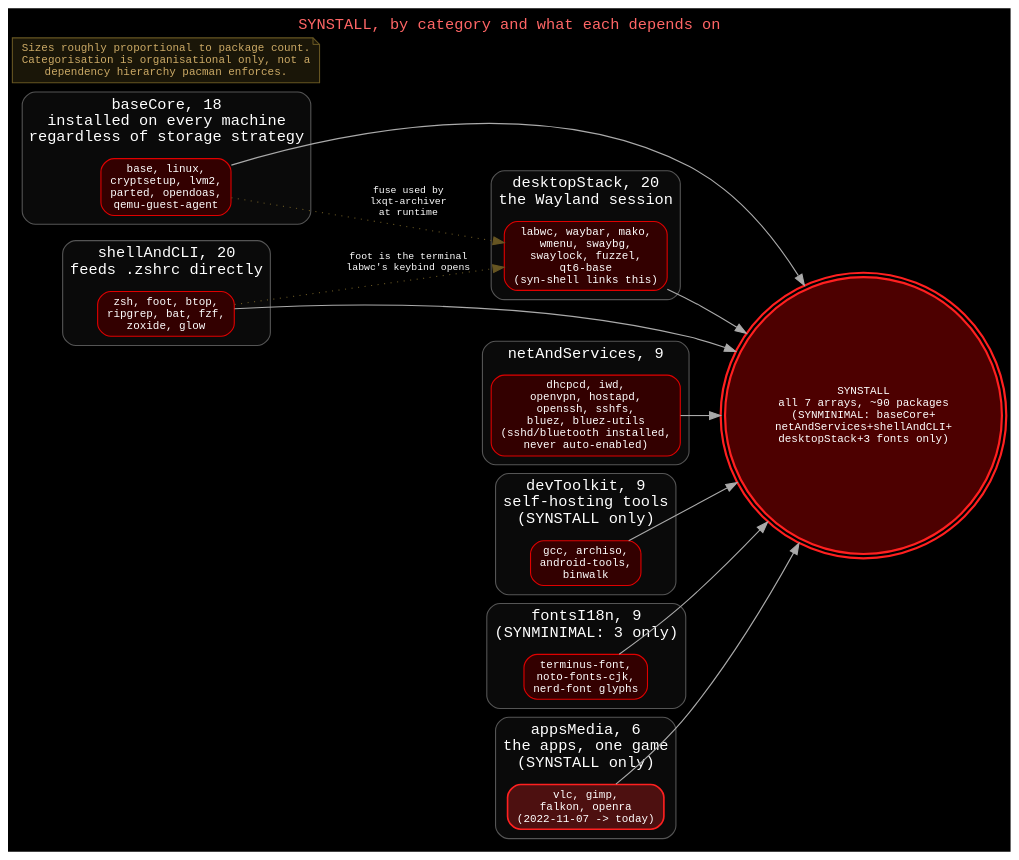
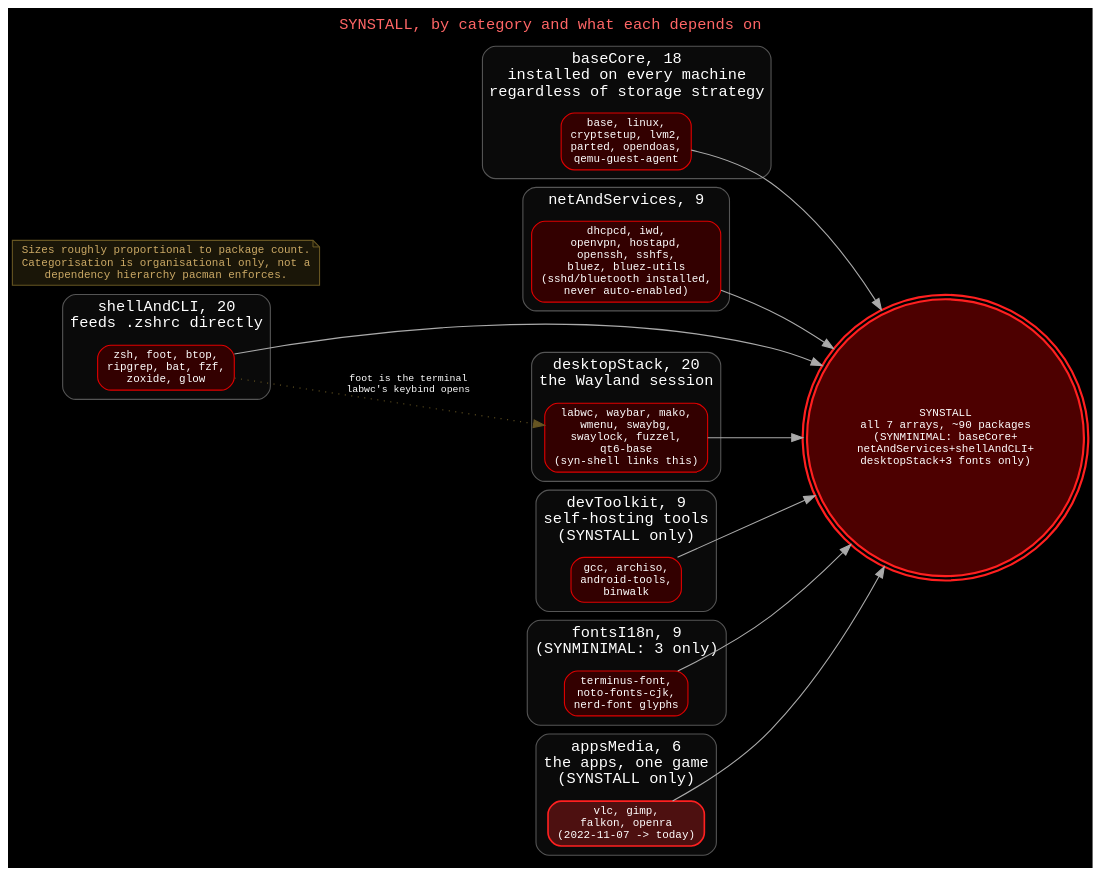
One commit to syn990/SYN-OS changed the diagram in SYN-ISO-PROFILE/airootfs/usr/share/syn-os/docs/diagrams/src/packages-map.dot. Above: the diagram before and after it, drawn with Graphviz. The commit also changed 14 other files, not shown here.

```diff
--- a/SYN-ISO-PROFILE/airootfs/usr/share/syn-os/docs/diagrams/src/packages-map.dot
+++ b/SYN-ISO-PROFILE/airootfs/usr/share/syn-os/docs/diagrams/src/packages-map.dot
@@ -1,61 +1,60 @@
 digraph package_map {
   rankdir=LR;
   bgcolor="#000000";
   fontname="monospace";
   node [shape=box, style="rounded,filled", fillcolor="#4d0000", color="#e00000", fontcolor="white", fontname="monospace", fontsize=10];
   edge [color="#AAAAAA", fontcolor="white", fontname="monospace", fontsize=9];
 
   label="SYNSTALL, by category and what each depends on";
   labelloc="t"; fontsize=14; fontcolor="#ff6666";
 
   synstall [label="SYNSTALL\nall 7 arrays, ~90 packages\n(SYNMINIMAL: baseCore+\nnetAndServices+shellAndCLI+\ndesktopStack+3 fonts only)", shape=doublecircle, fillcolor="#4d0000", penwidth=2, color="#ff2020"];
 
   subgraph cluster_base {
     label="baseCore, 18\ninstalled on every machine\nregardless of storage strategy"; style="rounded"; color="#555555"; fontcolor="white"; bgcolor="#0a0a0a";
     base_ex [label="base, linux,\ncryptsetup, lvm2,\nparted, opendoas,\nqemu-guest-agent", fillcolor="#330000"];
   }
 
   subgraph cluster_net {
     label="netAndServices, 9"; style="rounded"; color="#555555"; fontcolor="white"; bgcolor="#0a0a0a";
     net_ex [label="dhcpcd, iwd,\nopenvpn, hostapd,\nopenssh, sshfs,\nbluez, bluez-utils\n(sshd/bluetooth installed,\nnever auto-enabled)", fillcolor="#330000"];
   }
 
   subgraph cluster_shell {
     label="shellAndCLI, 20\nfeeds .zshrc directly"; style="rounded"; color="#555555"; fontcolor="white"; bgcolor="#0a0a0a";
     shell_ex [label="zsh, foot, btop,\nripgrep, bat, fzf,\nzoxide, glow", fillcolor="#330000"];
   }
 
   subgraph cluster_desktop {
     label="desktopStack, 20\nthe Wayland session"; style="rounded"; color="#555555"; fontcolor="white"; bgcolor="#0a0a0a";
     desktop_ex [label="labwc, waybar, mako,\nwmenu, swaybg,\nswaylock, fuzzel,\nqt6-base\n(syn-shell links this)", fillcolor="#330000"];
   }
 
   subgraph cluster_dev {
     label="devToolkit, 9\nself-hosting tools\n(SYNSTALL only)"; style="rounded"; color="#555555"; fontcolor="white"; bgcolor="#0a0a0a";
     dev_ex [label="gcc, archiso,\nandroid-tools,\nbinwalk", fillcolor="#330000"];
   }
 
   subgraph cluster_fonts {
     label="fontsI18n, 9\n(SYNMINIMAL: 3 only)"; style="rounded"; color="#555555"; fontcolor="white"; bgcolor="#0a0a0a";
     fonts_ex [label="terminus-font,\nnoto-fonts-cjk,\nnerd-font glyphs", fillcolor="#330000"];
   }
 
   subgraph cluster_apps {
     label="appsMedia, 6\nthe apps, one game\n(SYNSTALL only)"; style="rounded"; color="#555555"; fontcolor="white"; bgcolor="#0a0a0a";
     apps_ex [label="vlc, gimp,\nfalkon, openra\n(2022-11-07 -> today)", fillcolor="#4d1010", color="#ff2020", penwidth=1.5];
   }
 
   base_ex -> synstall;
   net_ex -> synstall;
   shell_ex -> synstall;
   desktop_ex -> synstall;
   dev_ex -> synstall;
   fonts_ex -> synstall;
   apps_ex -> synstall;
 
-  base_ex -> desktop_ex [style=dotted, color="#665522", label="  fuse used by\n  lxqt-archiver\n  at runtime"];
   shell_ex -> desktop_ex [style=dotted, color="#665522", label="  foot is the terminal\n  labwc's keybind opens"];
 
   note [shape=note, fillcolor="#1a1608", color="#665522", fontcolor="#ccaa66",
         label="Sizes roughly proportional to package count.\nCategorisation is organisational only, not a\ndependency hierarchy pacman enforces."];
 }
```
